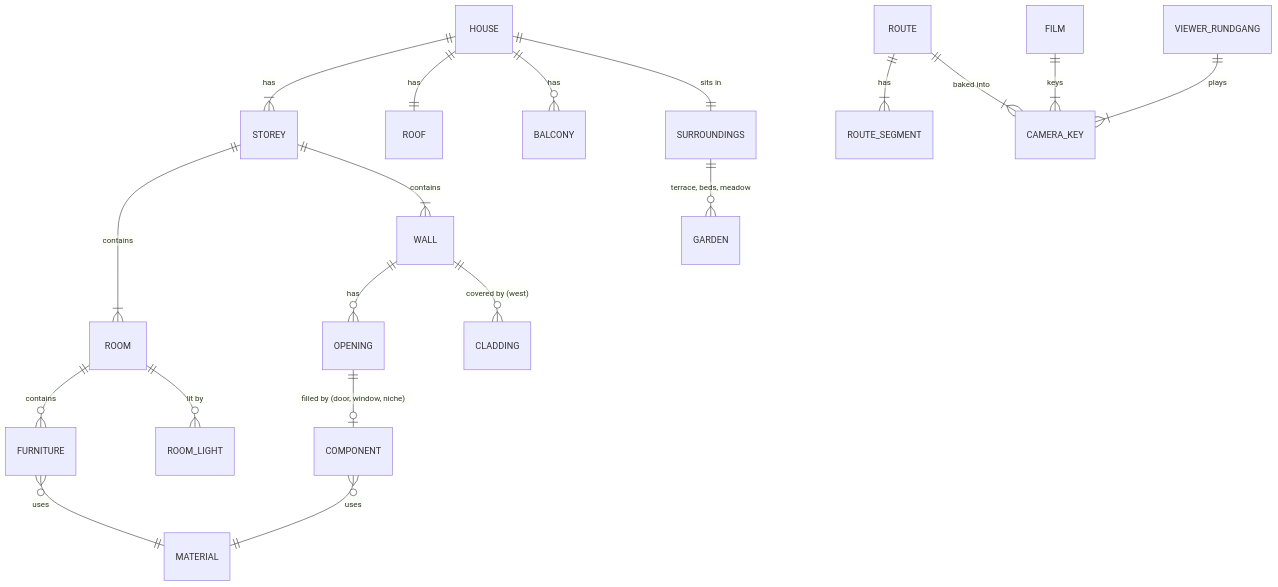
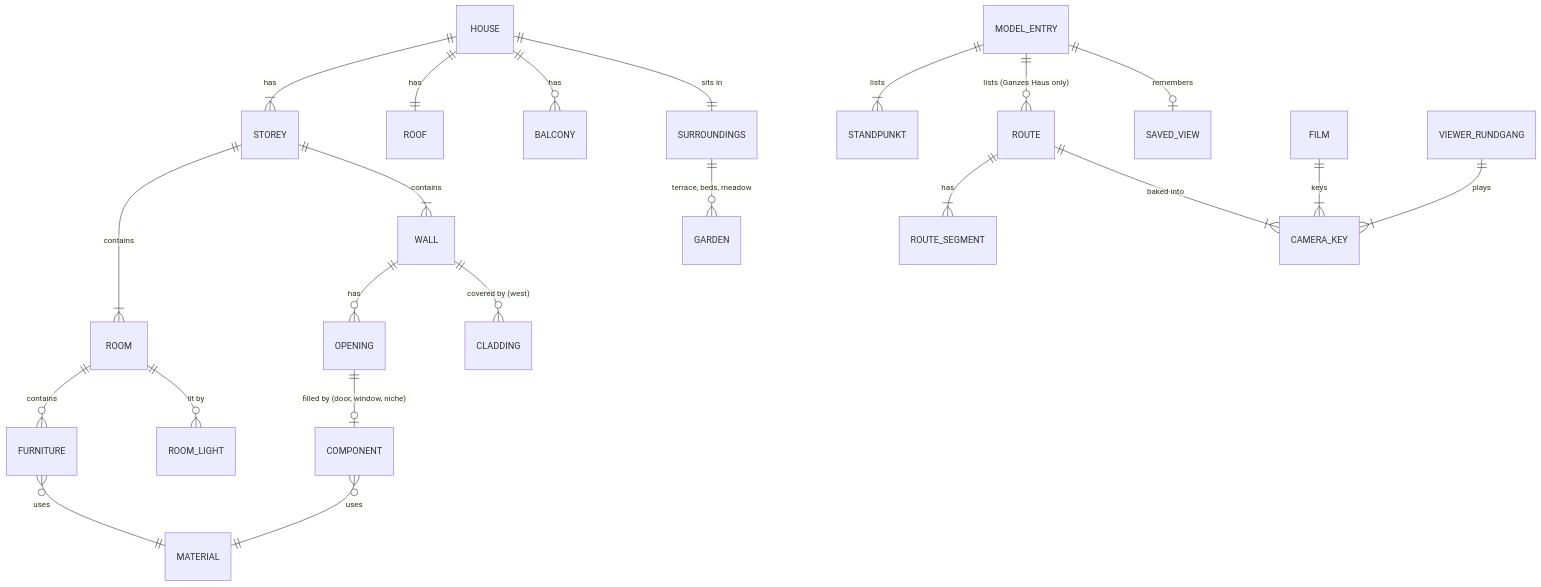
Before and after one commit to tillg/frechen_blender: the first of 4 diagrams in specs/system/domain.md, drawn with Mermaid. The commit also changed other lines of this file and 8 other files, not shown here.

````diff
--- a/specs/system/domain.md
+++ b/specs/system/domain.md
@@ -79,21 +82,24 @@
 ```mermaid
 erDiagram
     HOUSE ||--|{ STOREY : has
     HOUSE ||--|| ROOF : has
     HOUSE ||--o{ BALCONY : has
     STOREY ||--|{ ROOM : contains
     STOREY ||--|{ WALL : contains
     WALL ||--o{ OPENING : has
     OPENING ||--o| COMPONENT : "filled by (door, window, niche)"
     ROOM ||--o{ FURNITURE : contains
     ROOM ||--o{ ROOM_LIGHT : "lit by"
     WALL ||--o{ CLADDING : "covered by (west)"
     COMPONENT }o--|| MATERIAL : uses
     FURNITURE }o--|| MATERIAL : uses
     HOUSE ||--|| SURROUNDINGS : "sits in"
     SURROUNDINGS ||--o{ GARDEN : "terrace, beds, meadow"
     ROUTE ||--|{ ROUTE_SEGMENT : has
     ROUTE ||--|{ CAMERA_KEY : "baked into"
+    MODEL_ENTRY ||--|{ STANDPUNKT : lists
+    MODEL_ENTRY ||--o{ ROUTE : "lists (Ganzes Haus only)"
+    MODEL_ENTRY ||--o| SAVED_VIEW : remembers
     FILM ||--|{ CAMERA_KEY : keys
     VIEWER_RUNDGANG ||--|{ CAMERA_KEY : plays
 ```
````
